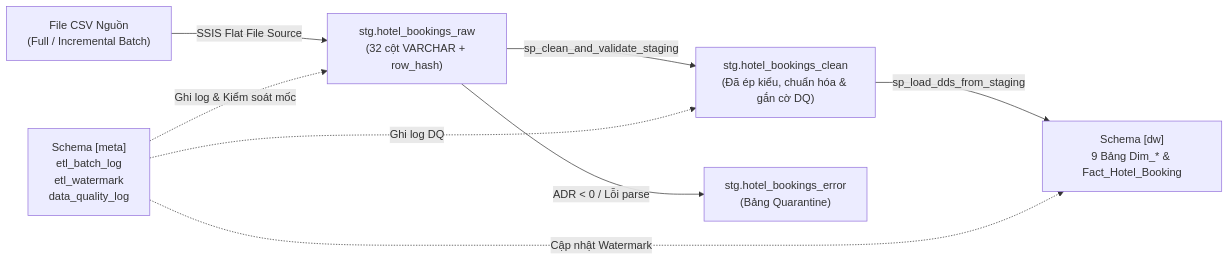
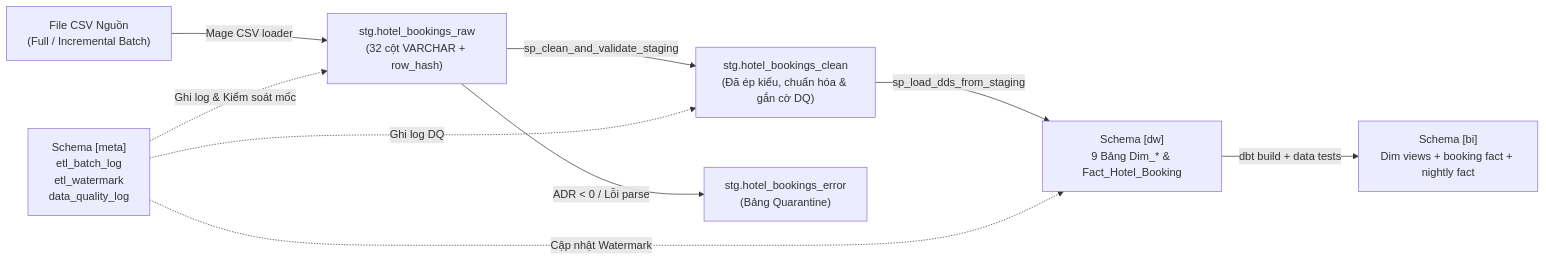
One commit to hoopyTL/Hotel-Booking-Demand changed the second of 2 diagrams in docs/phase1_discovery_and_modeling.md. Above: the diagram before and after it, drawn with Mermaid. The commit also changed other lines of this file and 42 other files, not shown here.

Commit message:
feat: add Mage dbt BI and AI workflow

````diff
--- a/docs/phase1_discovery_and_modeling.md
+++ b/docs/phase1_discovery_and_modeling.md
@@ -284,10 +285,11 @@
 ```mermaid
 flowchart LR
-    CSV["File CSV Nguồn<br/>(Full / Incremental Batch)"] -->|SSIS Flat File Source| RAW["stg.hotel_bookings_raw<br/>(32 cột VARCHAR + row_hash)"]
+    CSV["File CSV Nguồn<br/>(Full / Incremental Batch)"] -->|Mage CSV loader| RAW["stg.hotel_bookings_raw<br/>(32 cột VARCHAR + row_hash)"]
     RAW -->|sp_clean_and_validate_staging| CLEAN["stg.hotel_bookings_clean<br/>(Đã ép kiểu, chuẩn hóa & gắn cờ DQ)"]
     RAW -->|ADR < 0 / Lỗi parse| ERR["stg.hotel_bookings_error<br/>(Bảng Quarantine)"]
     CLEAN -->|sp_load_dds_from_staging| DDS["Schema [dw]<br/>9 Bảng Dim_* & Fact_Hotel_Booking"]
+    DDS -->|dbt build + data tests| BI["Schema [bi]<br/>Dim views + booking fact + nightly fact"]
     META["Schema [meta]<br/>etl_batch_log<br/>etl_watermark<br/>data_quality_log"] -.->|Ghi log & Kiểm soát mốc| RAW
     META -.->|Ghi log DQ| CLEAN
     META -.->|Cập nhật Watermark| DDS
 ```
````
